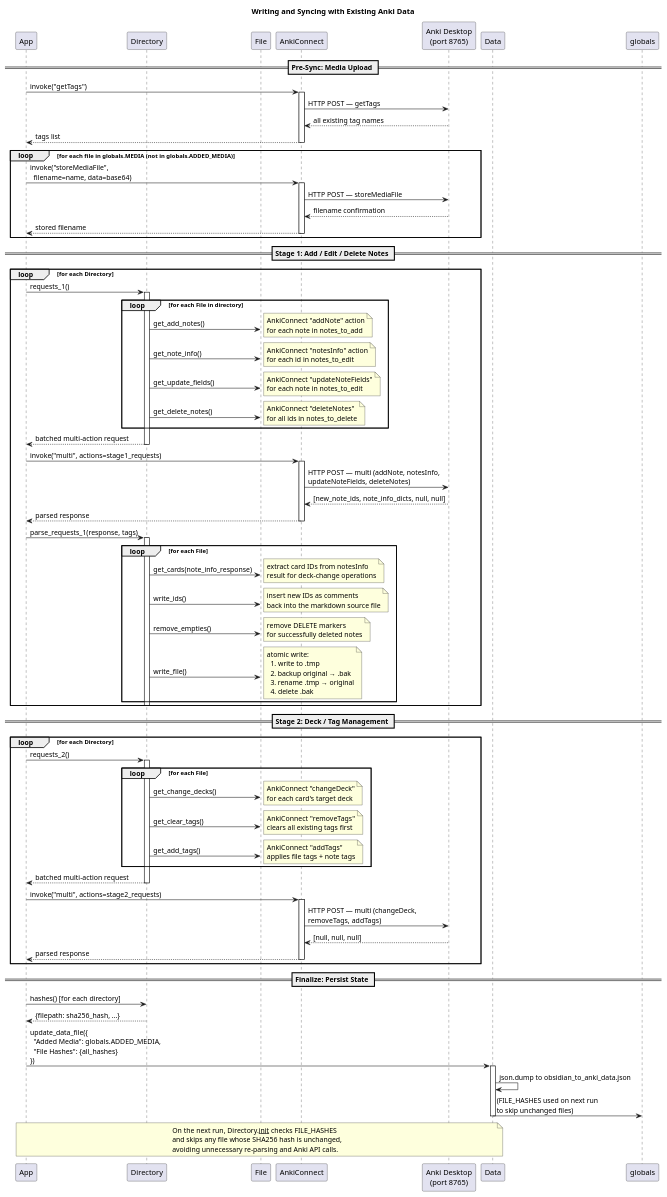
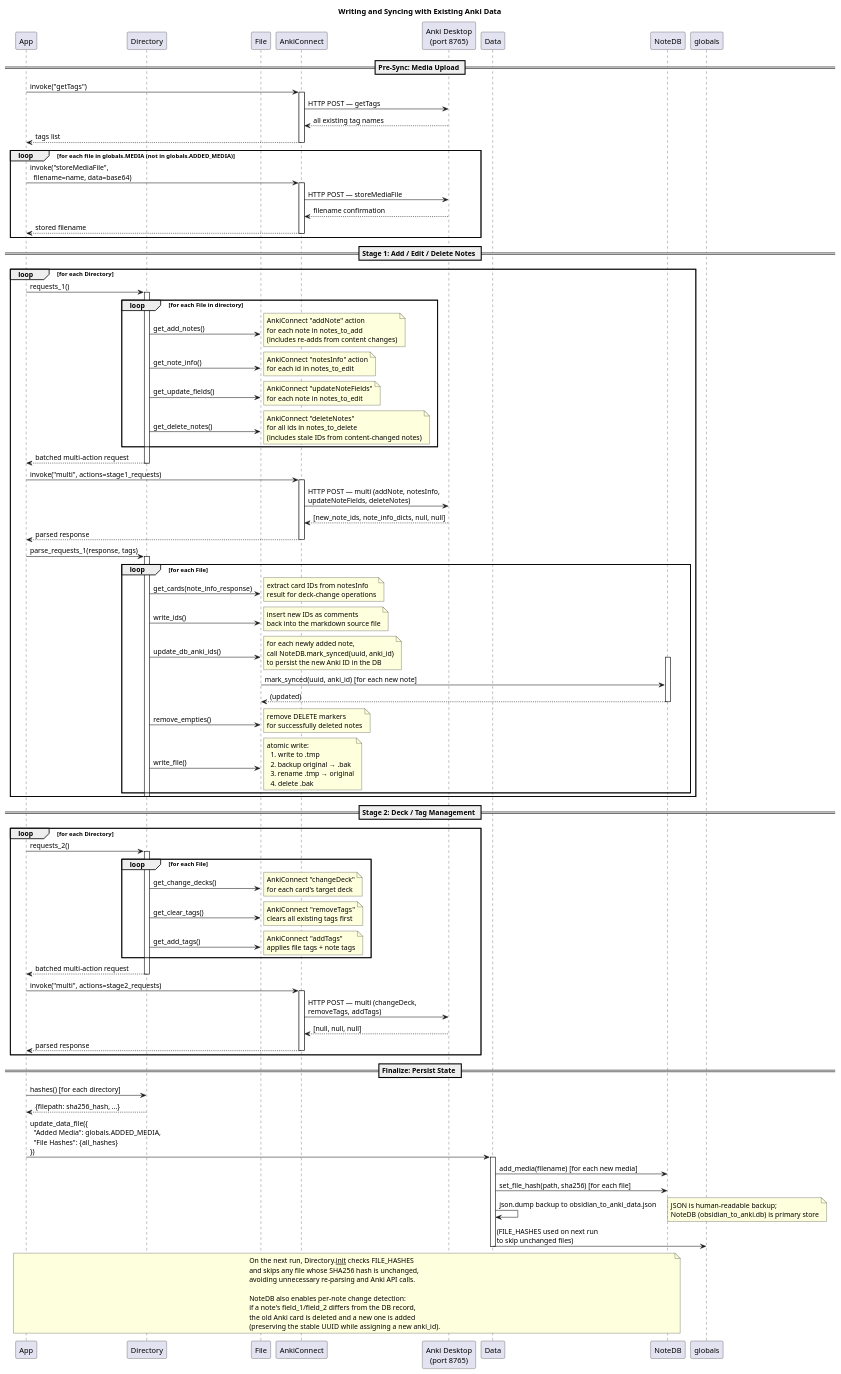
The diagram in obsidian_to_anki/docs/sequence_sync.puml (willgraham345/Obsidian_to_Anki), drawn with PlantUML before and after one commit. The commit also changed 3 other files, not shown here.

Commit message:
chore: Updated puml diagrams

```diff
--- a/obsidian_to_anki/docs/sequence_sync.puml
+++ b/obsidian_to_anki/docs/sequence_sync.puml
@@ -1,111 +1,126 @@
 @startuml sequence_sync
 title Writing and Syncing with Existing Anki Data
 
 participant App
 participant Directory
 participant File
 participant AnkiConnect
 participant "Anki Desktop\n(port 8765)" as Anki
 participant Data
+participant NoteDB
 participant globals
 
 == Pre-Sync: Media Upload ==
 
 App -> AnkiConnect : invoke("getTags")
 activate AnkiConnect
 AnkiConnect -> Anki : HTTP POST — getTags
 Anki --> AnkiConnect : all existing tag names
 AnkiConnect --> App : tags list
 deactivate AnkiConnect
 
 loop for each file in globals.MEDIA (not in globals.ADDED_MEDIA)
   App -> AnkiConnect : invoke("storeMediaFile",\n  filename=name, data=base64)
   activate AnkiConnect
   AnkiConnect -> Anki : HTTP POST — storeMediaFile
   Anki --> AnkiConnect : filename confirmation
   AnkiConnect --> App : stored filename
   deactivate AnkiConnect
 end
 
 == Stage 1: Add / Edit / Delete Notes ==
 
 loop for each Directory
   App -> Directory : requests_1()
   activate Directory
   loop for each File in directory
     Directory -> File : get_add_notes()
-    note right: AnkiConnect "addNote" action\nfor each note in notes_to_add
+    note right: AnkiConnect "addNote" action\nfor each note in notes_to_add\n(includes re-adds from content changes)
     Directory -> File : get_note_info()
     note right: AnkiConnect "notesInfo" action\nfor each id in notes_to_edit
     Directory -> File : get_update_fields()
     note right: AnkiConnect "updateNoteFields"\nfor each note in notes_to_edit
     Directory -> File : get_delete_notes()
-    note right: AnkiConnect "deleteNotes"\nfor all ids in notes_to_delete
+    note right: AnkiConnect "deleteNotes"\nfor all ids in notes_to_delete\n(includes stale IDs from content-changed notes)
   end
   Directory --> App : batched multi-action request
   deactivate Directory
 
   App -> AnkiConnect : invoke("multi", actions=stage1_requests)
   activate AnkiConnect
   AnkiConnect -> Anki : HTTP POST — multi (addNote, notesInfo,\nupdateNoteFields, deleteNotes)
   Anki --> AnkiConnect : [new_note_ids, note_info_dicts, null, null]
   AnkiConnect --> App : parsed response
   deactivate AnkiConnect
 
   App -> Directory : parse_requests_1(response, tags)
   activate Directory
   loop for each File
     Directory -> File : get_cards(note_info_response)
     note right: extract card IDs from notesInfo\nresult for deck-change operations
     Directory -> File : write_ids()
     note right: insert new IDs as comments\nback into the markdown source file
+    Directory -> File : update_db_anki_ids()
+    activate NoteDB
+    note right: for each newly added note,\ncall NoteDB.mark_synced(uuid, anki_id)\nto persist the new Anki ID in the DB
+    File -> NoteDB : mark_synced(uuid, anki_id) [for each new note]
+    NoteDB --> File : (updated)
+    deactivate NoteDB
     Directory -> File : remove_empties()
     note right: remove DELETE markers\nfor successfully deleted notes
     Directory -> File : write_file()
     note right: atomic write:\n  1. write to .tmp\n  2. backup original → .bak\n  3. rename .tmp → original\n  4. delete .bak
   end
   deactivate Directory
 end
 
 == Stage 2: Deck / Tag Management ==
 
 loop for each Directory
   App -> Directory : requests_2()
   activate Directory
   loop for each File
     Directory -> File : get_change_decks()
     note right: AnkiConnect "changeDeck"\nfor each card's target deck
     Directory -> File : get_clear_tags()
     note right: AnkiConnect "removeTags"\nclears all existing tags first
     Directory -> File : get_add_tags()
     note right: AnkiConnect "addTags"\napplies file tags + note tags
   end
   Directory --> App : batched multi-action request
   deactivate Directory
 
   App -> AnkiConnect : invoke("multi", actions=stage2_requests)
   activate AnkiConnect
   AnkiConnect -> Anki : HTTP POST — multi (changeDeck,\nremoveTags, addTags)
   Anki --> AnkiConnect : [null, null, null]
   AnkiConnect --> App : parsed response
   deactivate AnkiConnect
 end
 
 == Finalize: Persist State ==
 
 App -> Directory : hashes() [for each directory]
 Directory --> App : {filepath: sha256_hash, ...}
 
 App -> Data : update_data_file({\n  "Added Media": globals.ADDED_MEDIA,\n  "File Hashes": {all_hashes}\n})
 activate Data
-Data -> Data : json.dump to obsidian_to_anki_data.json
+Data -> NoteDB : add_media(filename) [for each new media]
+Data -> NoteDB : set_file_hash(path, sha256) [for each file]
+Data -> Data : json.dump backup to obsidian_to_anki_data.json
+note right: JSON is human-readable backup;\nNoteDB (obsidian_to_anki.db) is primary store
 Data -> globals : (FILE_HASHES used on next run\nto skip unchanged files)
 deactivate Data
 
-note over App, Data
+note over App, NoteDB
   On the next run, Directory.__init__ checks FILE_HASHES
   and skips any file whose SHA256 hash is unchanged,
   avoiding unnecessary re-parsing and Anki API calls.
+
+  NoteDB also enables per-note change detection:
+  if a note's field_1/field_2 differs from the DB record,
+  the old Anki card is deleted and a new one is added
+  (preserving the stable UUID while assigning a new anki_id).
 end note
 
 @enduml
```
